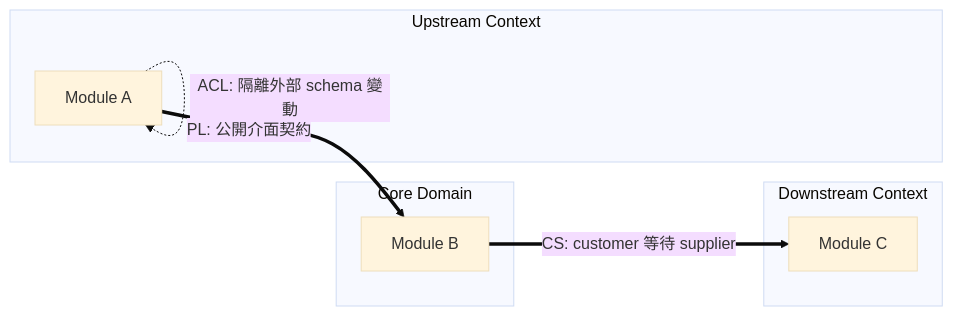
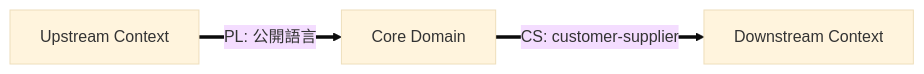
The third of 6 diagrams in VibeCoding_Workflow_Templates/03_architecture/sad.md (Zenobia000/claude-Godzilla-z), drawn with Mermaid (base theme) before and after one commit. The commit also changed other lines of this file and 22 other files, not shown here.

````diff
--- a/VibeCoding_Workflow_Templates/03_architecture/sad.md
+++ b/VibeCoding_Workflow_Templates/03_architecture/sad.md
@@ -227,18 +84,5 @@
 ```mermaid
 graph LR
-    subgraph upstream_ctx["Upstream Context"]
-        U[Module A]
-    end
-
-    subgraph core_ctx["Core Domain"]
-        C[Module B]
-    end
-
-    subgraph downstream_ctx["Downstream Context"]
-        D[Module C]
-    end
-
-    U ==>|"PL: 公開介面契約"| C
-    C ==>|"CS: customer 等待 supplier"| D
-    U -.->|"ACL: 隔離外部 schema 變動"| U
+    U[Upstream Context] ==>|"PL: 公開語言"| C[Core Domain]
+    C ==>|"CS: customer-supplier"| D[Downstream Context]
 ```
````
